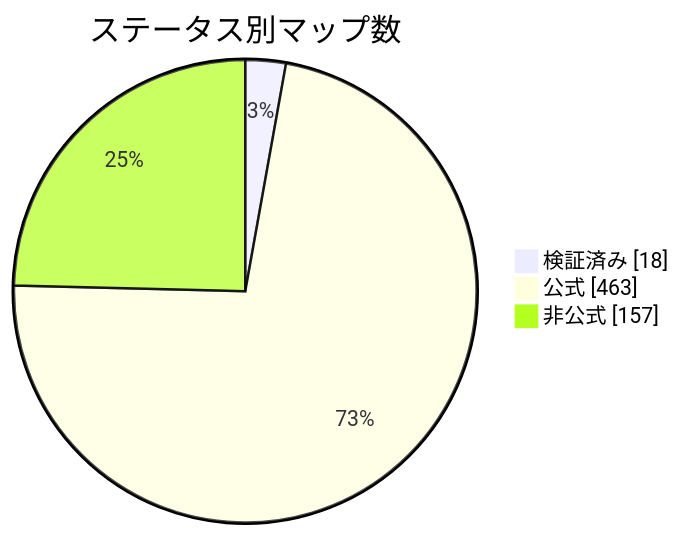
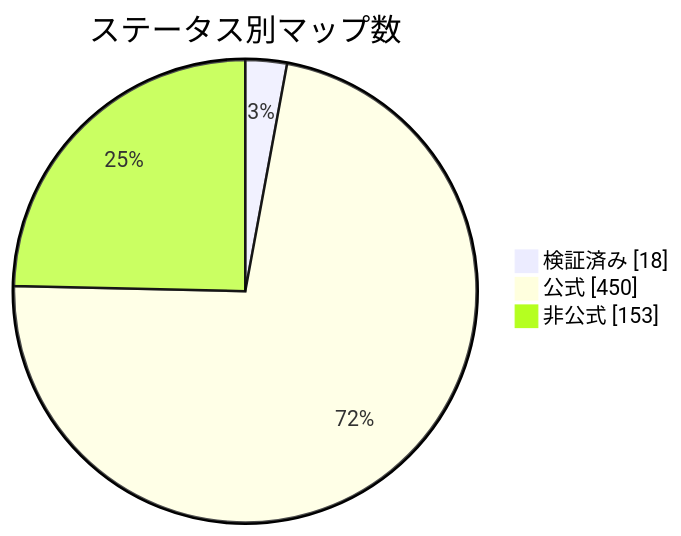
One commit to nobrega8/mbmap-library changed the diagram in docs/readme/README_JP.md. Above: the diagram before and after it, drawn with Mermaid. The commit also changed 47 other files, not shown here.

````diff
--- a/docs/readme/README_JP.md
+++ b/docs/readme/README_JP.md
@@ -54,7 +54,7 @@
 ```mermaid
 pie showData
     title ステータス別マップ数
     "検証済み" : 18
-    "公式" : 463
-    "非公式" : 157
+    "公式" : 450
+    "非公式" : 153
 ```
````
